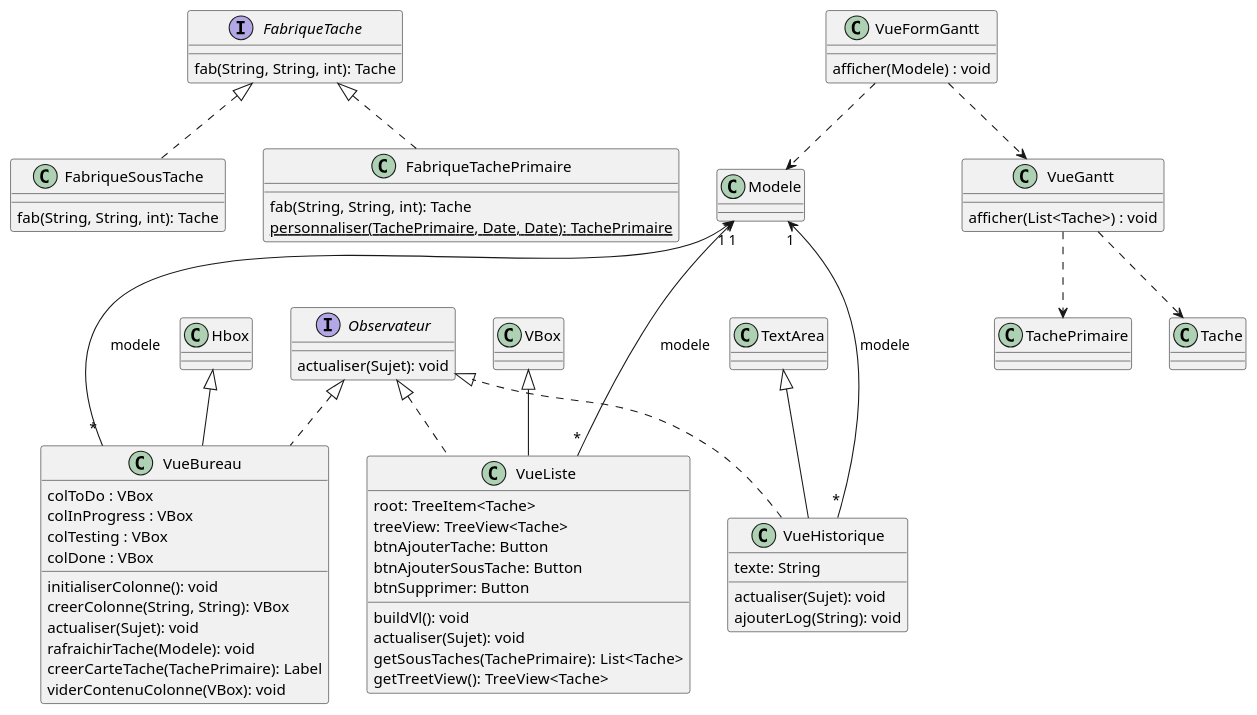
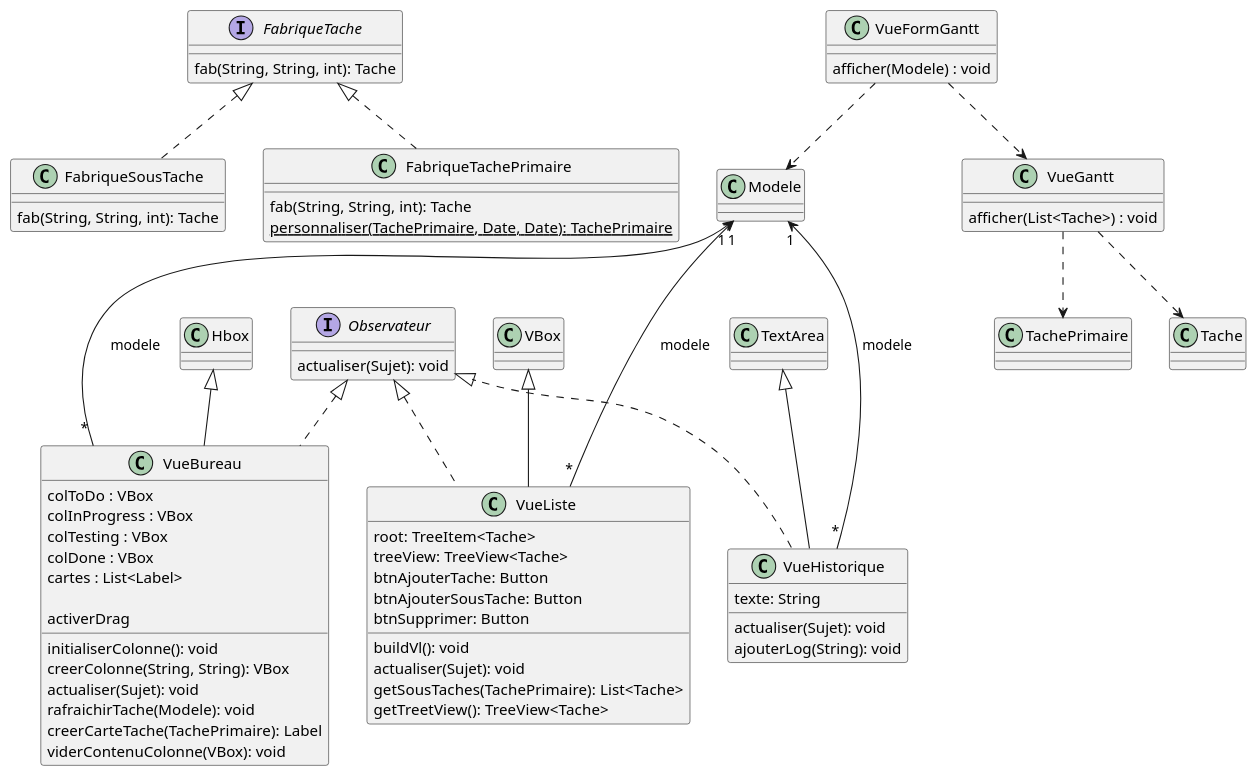
One commit to IanisPocachard/TouDou changed the diagram in documents/iteration3/diagramme_classe.puml. Above: the diagram before and after it, drawn with PlantUML. The commit also changed 3 other files, not shown here.

```diff
--- a/documents/iteration3/diagramme_classe.puml
+++ b/documents/iteration3/diagramme_classe.puml
@@ -1,70 +1,72 @@
 @startuml
 'https://plantuml.com/sequence-diagram
 
 interface FabriqueTache{
     fab(String, String, int): Tache
 }
 
 class FabriqueSousTache implements FabriqueTache{
     fab(String, String, int): Tache
 }
 
 class FabriqueTachePrimaire implements FabriqueTache{
     fab(String, String, int): Tache
     {static} personnaliser(TachePrimaire, Date, Date): TachePrimaire
 }
 
 interface Observateur{
     actualiser(Sujet): void
 }
 
 class VueBureau extends Hbox implements Observateur{
     colToDo : VBox
     colInProgress : VBox
     colTesting : VBox
     colDone : VBox
+    cartes : List<Label>
 
     initialiserColonne(): void
+    activerDrag
     creerColonne(String, String): VBox
     actualiser(Sujet): void
     rafraichirTache(Modele): void
     creerCarteTache(TachePrimaire): Label
     viderContenuColonne(VBox): void
 }
 
 class VueHistorique extends TextArea implements Observateur{
     texte: String
     actualiser(Sujet): void
     ajouterLog(String): void
 }
 
 class VueListe extends VBox implements Observateur{
     root: TreeItem<Tache>
     treeView: TreeView<Tache>
     btnAjouterTache: Button
     btnAjouterSousTache: Button
     btnSupprimer: Button
     buildVl(): void
     actualiser(Sujet): void
     getSousTaches(TachePrimaire): List<Tache>
     getTreetView(): TreeView<Tache>
 }
 
 class VueGantt{
     afficher(List<Tache>) : void
 }
 
 class VueFormGantt{
     afficher(Modele) : void
 }
 
 Modele"1" <--- "*"VueBureau : modele
 Modele"1" <--- "*"VueHistorique : modele
 Modele"1" <--- "*"VueListe : modele
 VueGantt ..> Tache
 VueGantt ..> TachePrimaire
 VueFormGantt ..> VueGantt
 VueFormGantt ..> Modele
 
 
 @enduml
```
